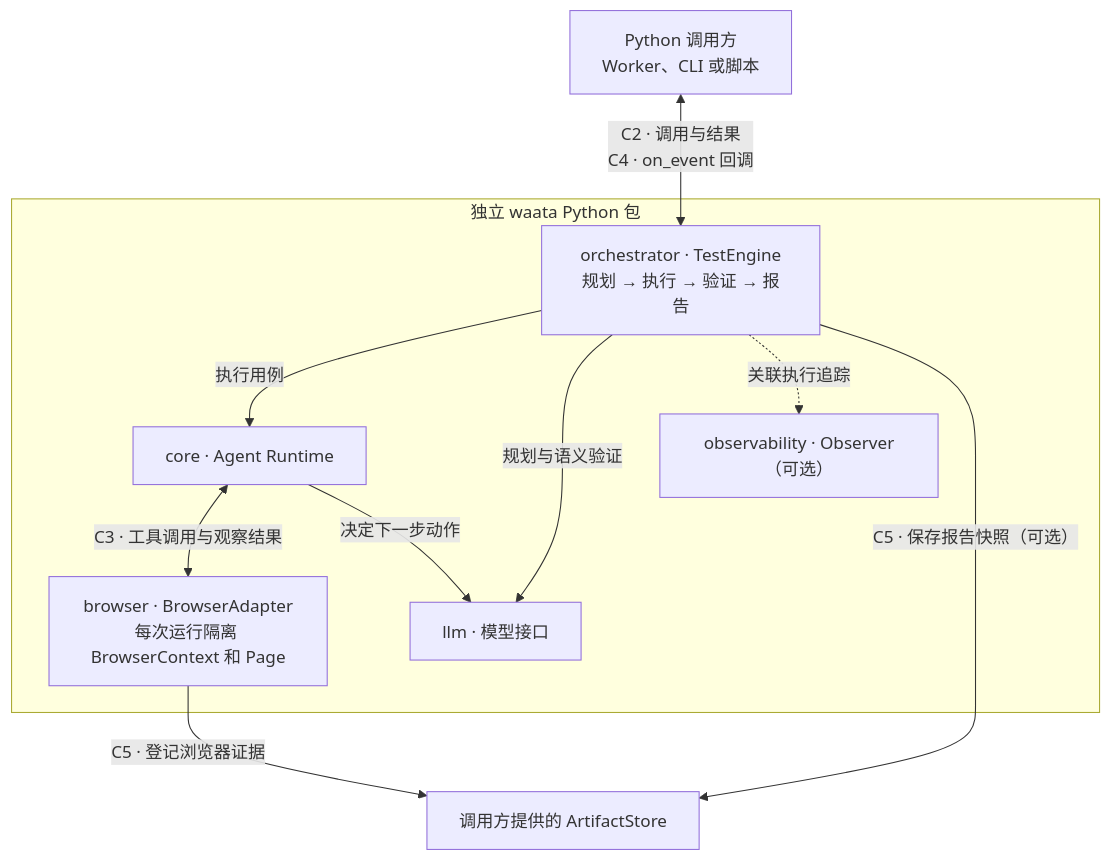
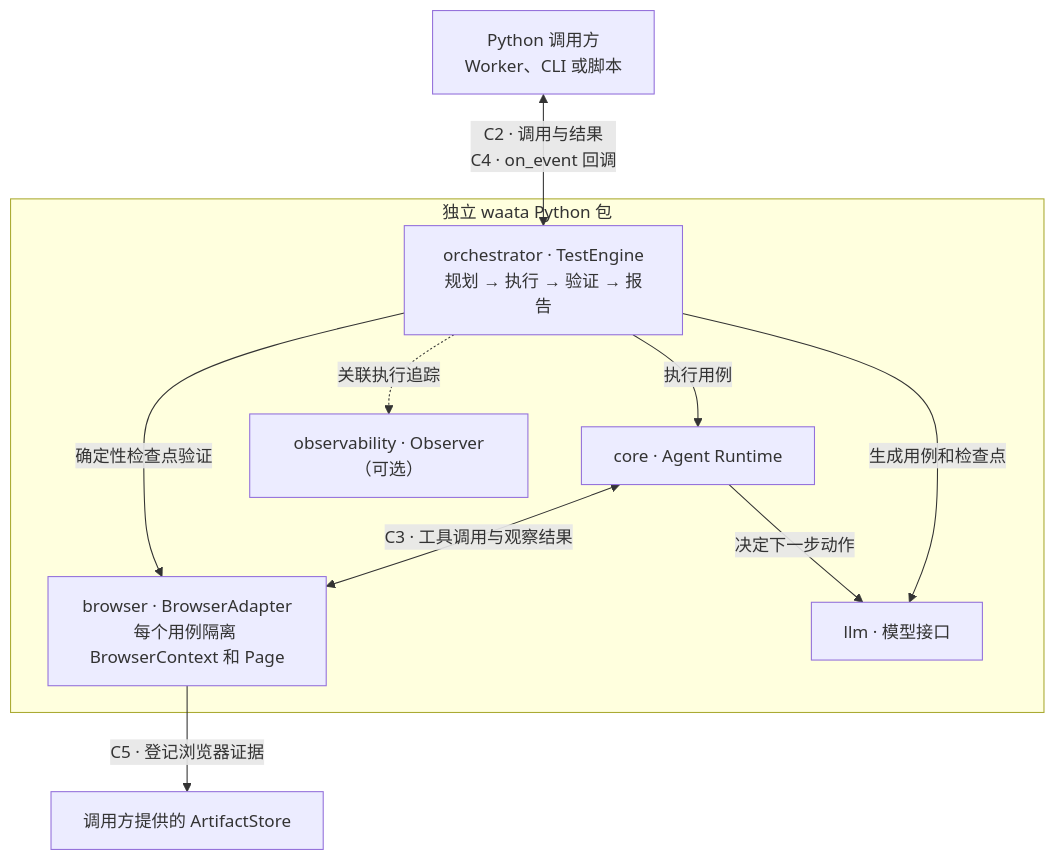
The third of 3 diagrams in contracts/README.md (zhouyibetter1314/waata), drawn with Mermaid before and after one commit. The commit also changed other lines of this file and 31 other files, not shown here.

````diff
--- a/contracts/README.md
+++ b/contracts/README.md
@@ -49,24 +49,24 @@
 ```mermaid
 flowchart TB
     Caller["Python 调用方<br/>Worker、CLI 或脚本"]
 
     subgraph Package["独立 waata Python 包"]
         Engine["orchestrator · TestEngine<br/>规划 → 执行 → 验证 → 报告"]
         Agent["core · Agent Runtime"]
-        Browser["browser · BrowserAdapter<br/>每次运行隔离 BrowserContext 和 Page"]
+        Browser["browser · BrowserAdapter<br/>每个用例隔离 BrowserContext 和 Page"]
         LLM["llm · 模型接口"]
         Observer["observability · Observer（可选）"]
 
         Engine -->|"执行用例"| Agent
         Agent <-->|"C3 · 工具调用与观察结果"| Browser
-        Engine -->|"规划与语义验证"| LLM
+        Engine -->|"生成用例和检查点"| LLM
         Agent -->|"决定下一步动作"| LLM
+        Engine -->|"确定性检查点验证"| Browser
         Engine -.->|"关联执行追踪"| Observer
     end
 
     Artifacts["调用方提供的 ArtifactStore"]
 
     Caller <-->|"C2 · 调用与结果<br/>C4 · on_event 回调"| Engine
     Browser -->|"C5 · 登记浏览器证据"| Artifacts
-    Engine -->|"C5 · 保存报告快照（可选）"| Artifacts
 ```
````
